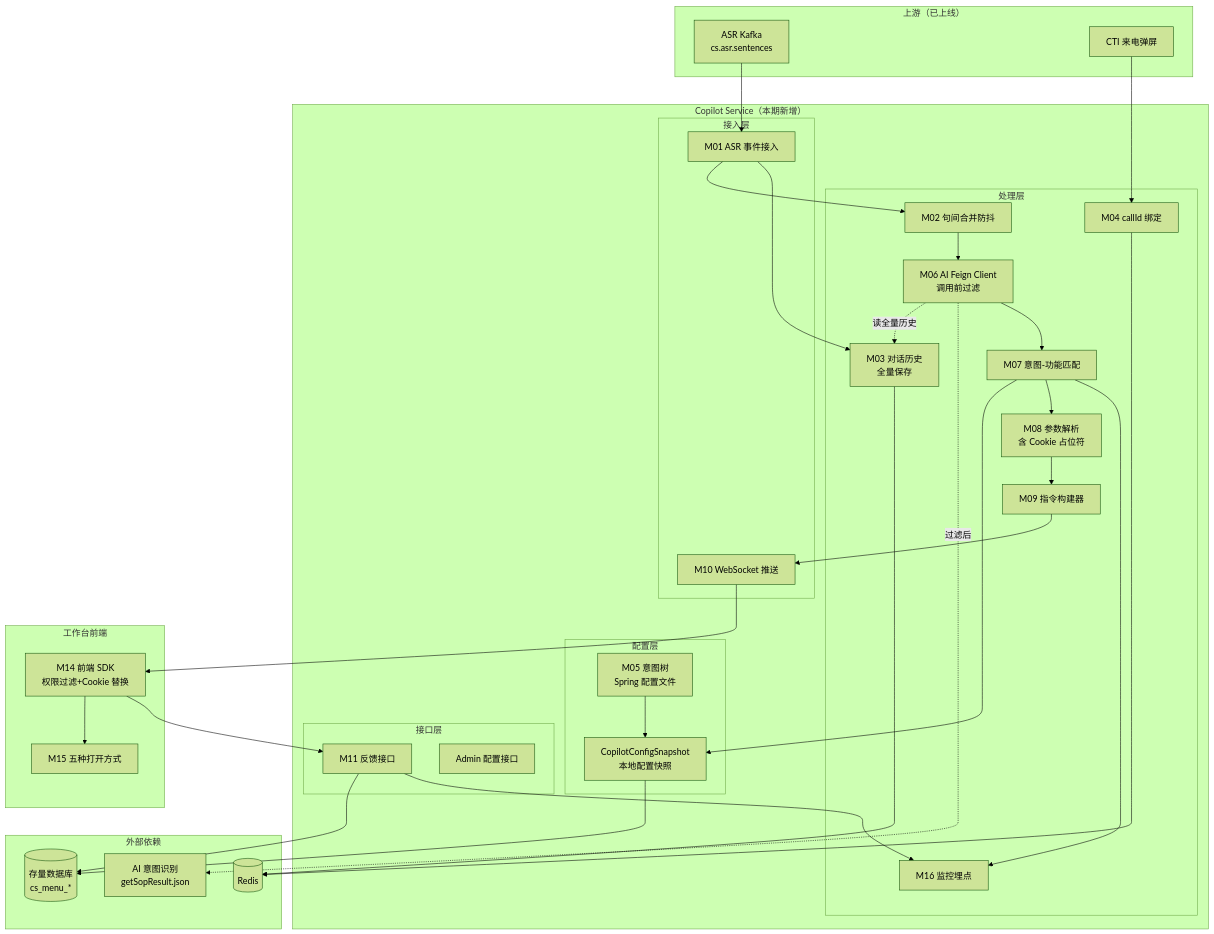
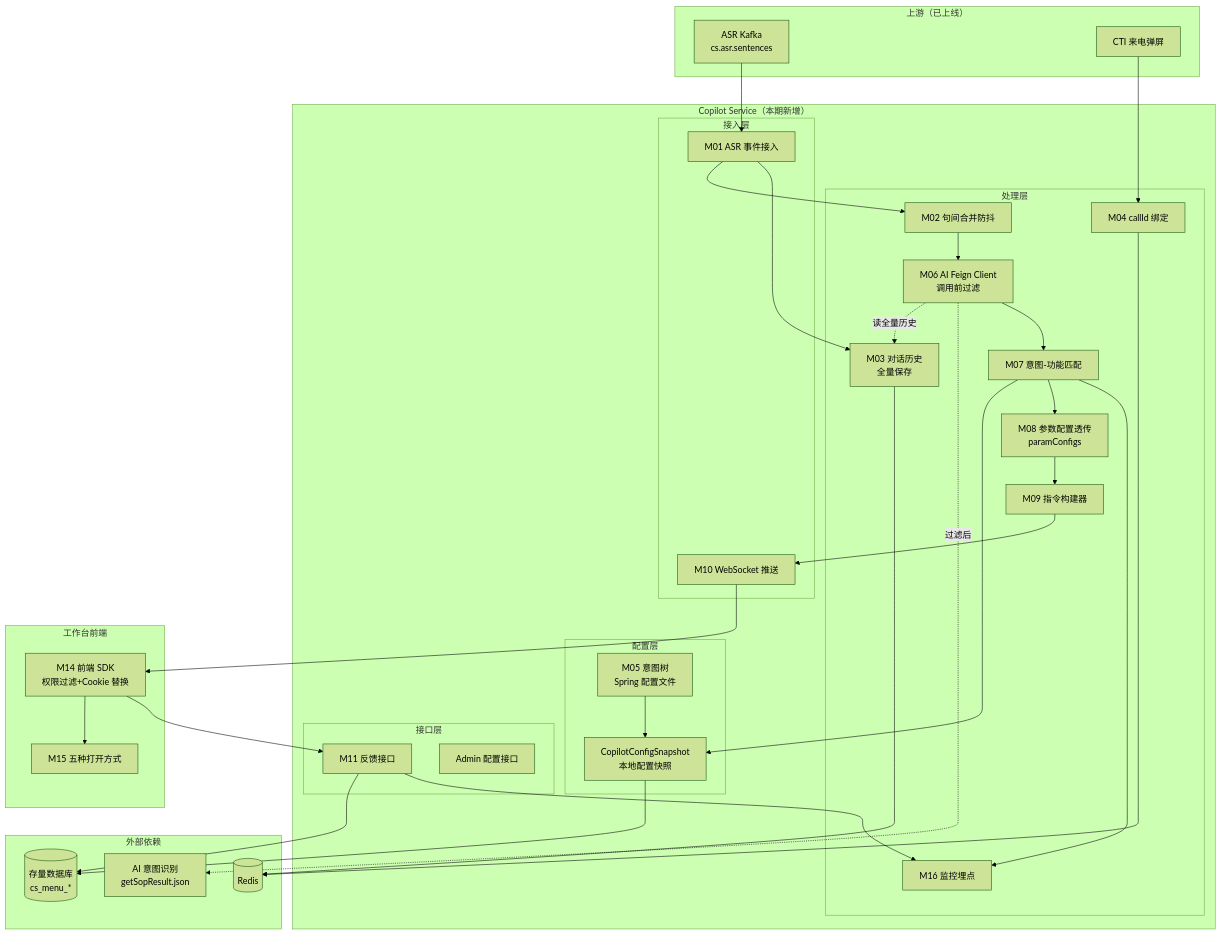
One commit to qzz617/copilot changed the first of 24 diagrams in cs-copilot-service/docs/dd-v1.2.md. Above: the diagram before and after it, drawn with Mermaid (forest theme). The commit also changed other lines of this file and 12 other files, not shown here.

````diff
--- a/cs-copilot-service/docs/dd-v1.2.md
+++ b/cs-copilot-service/docs/dd-v1.2.md
@@ -266,66 +266,66 @@
 ```mermaid
 graph TB
     subgraph 上游["上游（已上线）"]
         ASR[ASR Kafka<br/>cs.asr.sentences]
         CTI[CTI 来电弹屏]
     end
 
     subgraph CopilotService["Copilot Service（本期新增）"]
         subgraph 接入["接入层"]
             M01[M01 ASR 事件接入]
             M10[M10 WebSocket 推送]
         end
         subgraph 处理["处理层"]
             M02[M02 句间合并防抖]
             M03[M03 对话历史<br/>全量保存]
             M04[M04 callId 绑定]
             M06[M06 AI Feign Client<br/>调用前过滤]
             M07[M07 意图-功能匹配]
-            M08[M08 参数解析<br/>含 Cookie 占位符]
+            M08[M08 参数配置透传<br/>paramConfigs]
             M09[M09 指令构建器]
             M16[M16 监控埋点]
         end
         subgraph 配置["配置层"]
             M05[M05 意图树<br/>Spring 配置文件]
             CACHE[CopilotConfigSnapshot<br/>本地配置快照]
         end
         subgraph 接口["接口层"]
             M11[M11 反馈接口]
             ADMIN[Admin 配置接口]
         end
     end
 
     subgraph External["外部依赖"]
         AI[AI 意图识别<br/>getSopResult.json]
         DB[(存量数据库<br/>cs_menu_*)]
         REDIS[(Redis)]
     end
 
     subgraph Frontend["工作台前端"]
         SDK[M14 前端 SDK<br/>权限过滤+Cookie 替换]
         OPEN[M15 五种打开方式]
     end
 
     ASR --> M01
     CTI --> M04
     M01 --> M02
     M01 --> M03
     M02 --> M06
     M06 -.读全量历史.-> M03
     M06 -.过滤后.-> AI
     M06 --> M07
     M07 --> CACHE
     M07 --> M08
     M08 --> M09
     M09 --> M10
     M10 --> SDK
     SDK --> OPEN
     M03 --> REDIS
     M04 --> REDIS
     M05 --> CACHE
     CACHE --> DB
     SDK --> M11
     M11 --> DB
     M11 --> M16
     M07 --> M16
 ```
````
